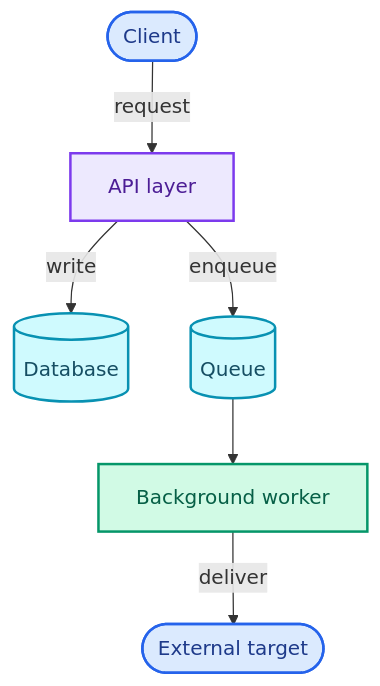
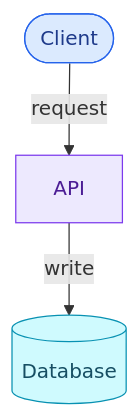
Before and after one commit to rishabh0111/rishabh0111.github.io: the diagram in README.md, drawn with Mermaid. The commit also changed other lines of this file, not shown here.

````diff
--- a/README.md
+++ b/README.md
@@ -289,16 +139,11 @@
 ```mermaid
-flowchart TD
-    Client([Client]) -->|request| API[API layer]
+flowchart TB
+    Client([Client]) -->|request| API[API]
     API -->|write| DB[(Database)]
-    API -->|enqueue| Queue[(Queue)]
-    Queue --> Worker[Background worker]
-    Worker -->|deliver| Target([External target])
-    classDef actor   fill:#DBEAFE,stroke:#2563EB,color:#1E3A8A,stroke-width:2px
-    classDef gateway fill:#EDE9FE,stroke:#7C3AED,color:#4C1D95,stroke-width:2px
-    classDef service fill:#D1FAE5,stroke:#059669,color:#065F46,stroke-width:2px
-    classDef store   fill:#CFFAFE,stroke:#0891B2,color:#164E63,stroke-width:2px
-    class Client,Target actor
+    classDef actor   fill:#DBEAFE,stroke:#2563EB,color:#1E3A8A
+    classDef gateway fill:#EDE9FE,stroke:#7C3AED,color:#4C1D95
+    classDef store   fill:#CFFAFE,stroke:#0891B2,color:#164E63
+    class Client actor
     class API gateway
-    class Worker service
-    class Queue,DB store
+    class DB store
 ```
````
